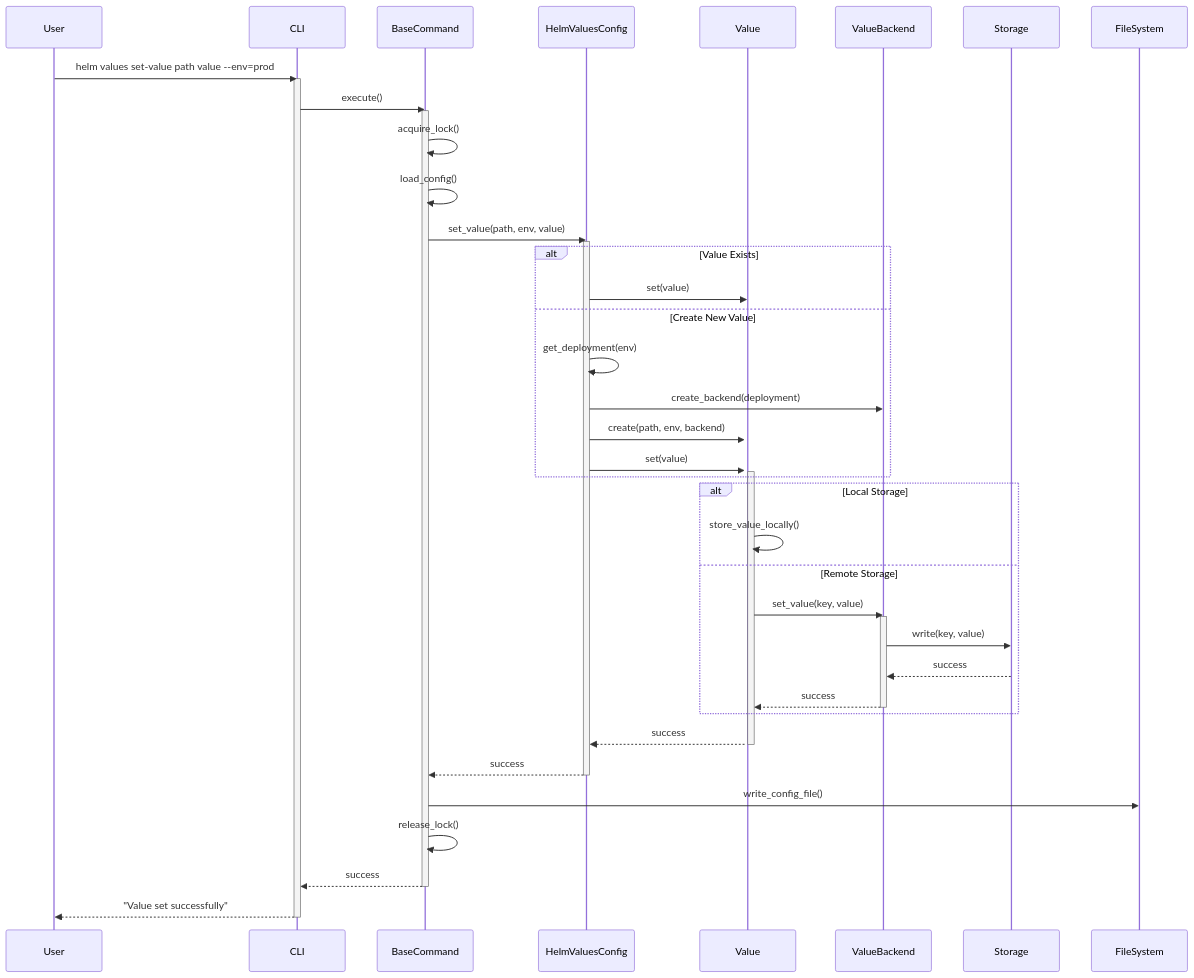
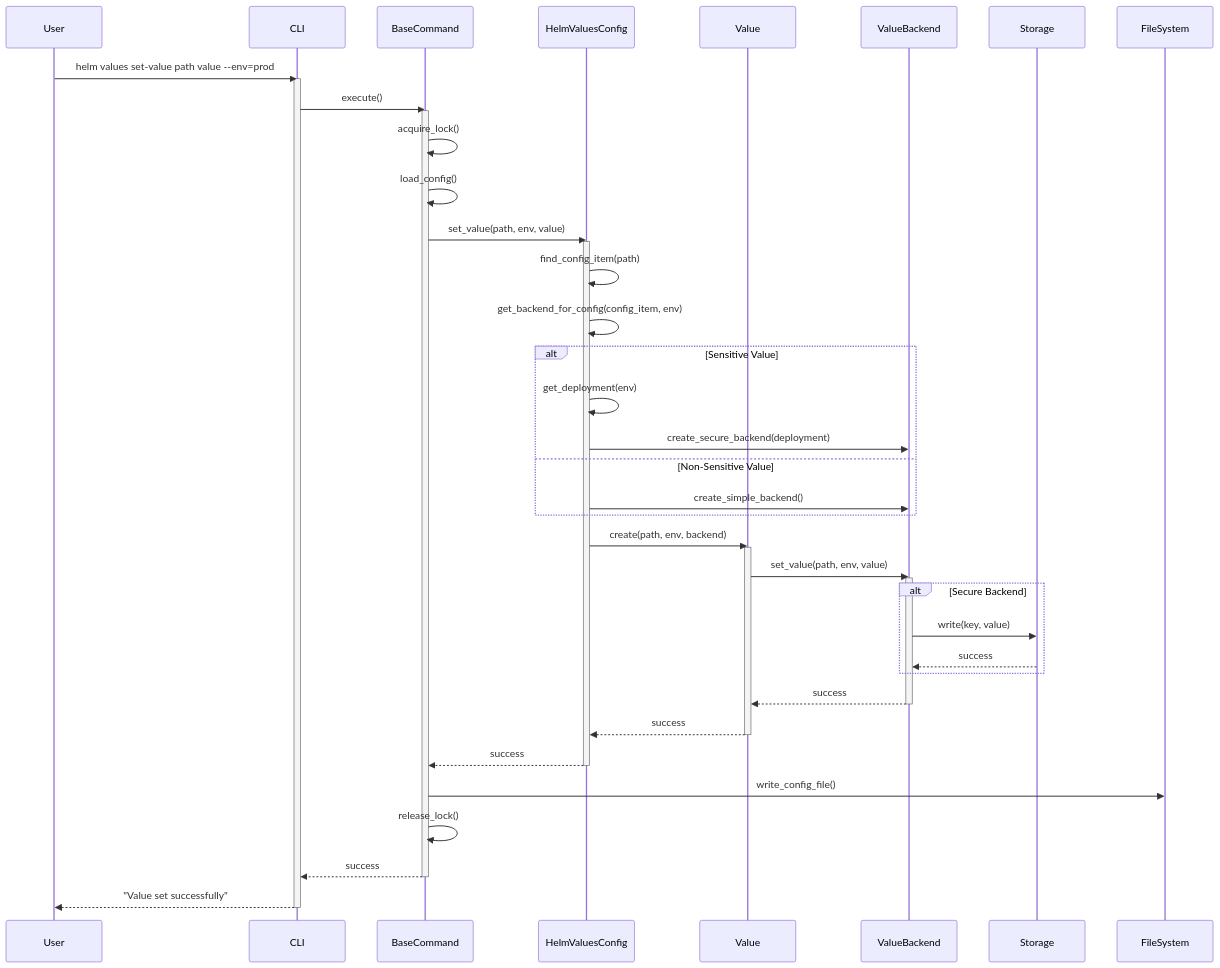
The fourth of 12 diagrams in docs/Design/sequence-diagrams.md (Zipstack/helm-values-manager), drawn with Mermaid before and after one commit. The commit also changed other lines of this file and 8 other files, not shown here.

First line of the commit message:
Refactor Value class and backends to use unified path-based approach

````diff
--- a/docs/Design/sequence-diagrams.md
+++ b/docs/Design/sequence-diagrams.md
@@ -129,57 +129,57 @@
 ```mermaid
 sequenceDiagram
     participant User
     participant CLI
     participant BaseCommand
     participant HelmValuesConfig
     participant Value
     participant ValueBackend
     participant Storage
 
     User->>CLI: helm values set-value path value --env=prod
     activate CLI
 
     CLI->>BaseCommand: execute()
     activate BaseCommand
 
     BaseCommand->>BaseCommand: acquire_lock()
     BaseCommand->>BaseCommand: load_config()
     BaseCommand->>HelmValuesConfig: set_value(path, env, value)
     activate HelmValuesConfig
 
-    alt Value Exists
-        HelmValuesConfig->>Value: set(value)
-        activate Value
-    else Create New Value
+    HelmValuesConfig->>HelmValuesConfig: find_config_item(path)
+    HelmValuesConfig->>HelmValuesConfig: get_backend_for_config(config_item, env)
+
+    alt Sensitive Value
         HelmValuesConfig->>HelmValuesConfig: get_deployment(env)
-        HelmValuesConfig->>ValueBackend: create_backend(deployment)
-        HelmValuesConfig->>Value: create(path, env, backend)
-        HelmValuesConfig->>Value: set(value)
-        activate Value
+        HelmValuesConfig->>ValueBackend: create_secure_backend(deployment)
+    else Non-Sensitive Value
+        HelmValuesConfig->>ValueBackend: create_simple_backend()
     end
 
-    alt Local Storage
-        Value->>Value: store_value_locally()
-    else Remote Storage
-        Value->>ValueBackend: set_value(key, value)
-        activate ValueBackend
+    HelmValuesConfig->>Value: create(path, env, backend)
+    activate Value
+    Value->>ValueBackend: set_value(path, env, value)
+    activate ValueBackend
+
+    alt Secure Backend
         ValueBackend->>Storage: write(key, value)
         Storage-->>ValueBackend: success
-        ValueBackend-->>Value: success
-        deactivate ValueBackend
     end
 
+    ValueBackend-->>Value: success
+    deactivate ValueBackend
     Value-->>HelmValuesConfig: success
     deactivate Value
 
     HelmValuesConfig-->>BaseCommand: success
     deactivate HelmValuesConfig
 
     BaseCommand->>FileSystem: write_config_file()
     BaseCommand->>BaseCommand: release_lock()
     BaseCommand-->>CLI: success
     deactivate BaseCommand
 
     CLI-->>User: "Value set successfully"
     deactivate CLI
 ```
````
